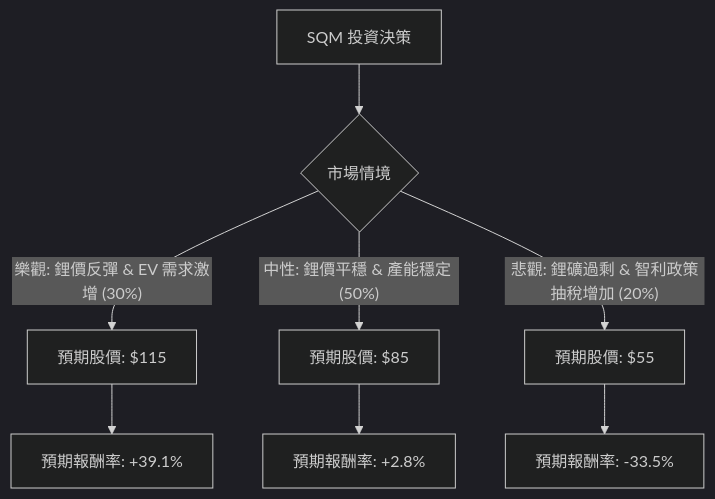
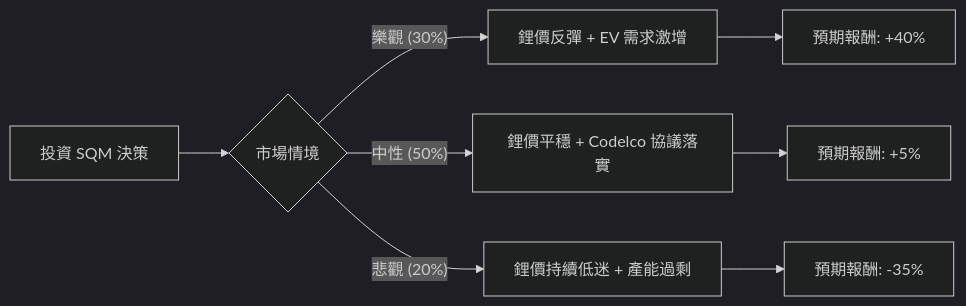
Before and after one commit to zmcx16/zmcx16.github.io: the diagram in plugin-react/ai-analysis/ev-analysis/SQM.md, drawn with Mermaid (dark theme). The commit also changed other lines of this file and 77 other files, not shown here.

````diff
--- a/plugin-react/ai-analysis/ev-analysis/SQM.md
+++ b/plugin-react/ai-analysis/ev-analysis/SQM.md
@@ -21,12 +19,11 @@
 ```mermaid
-graph TD
-    A[SQM 投資決策] --> B{市場情境}
-    
-    B -- 樂觀: 鋰價反彈 & EV 需求激增 (30%) --> C[預期股價: $115]
-    B -- 中性: 鋰價平穩 & 產能穩定 (50%) --> D[預期股價: $85]
-    B -- 悲觀: 鋰礦過剩 & 智利政策抽稅增加 (20%) --> E[預期股價: $55]
+graph LR
+    A[投資 SQM 決策] --> B{市場情境}
+    B -- 樂觀 (30%) --> C[鋰價反彈 + EV 需求激增]
+    B -- 中性 (50%) --> D[鋰價平穩 + Codelco 協議落實]
+    B -- 悲觀 (20%) --> E[鋰價持續低迷 + 產能過剩]
 
-    C --> F[預期報酬率: +39.1%]
-    D --> G[預期報酬率: +2.8%]
-    E --> H[預期報酬率: -33.5%]
+    C --> C1[預期報酬: +40%]
+    D --> D1[預期報酬: +5%]
+    E --> E1[預期報酬: -35%]
 ```
````
